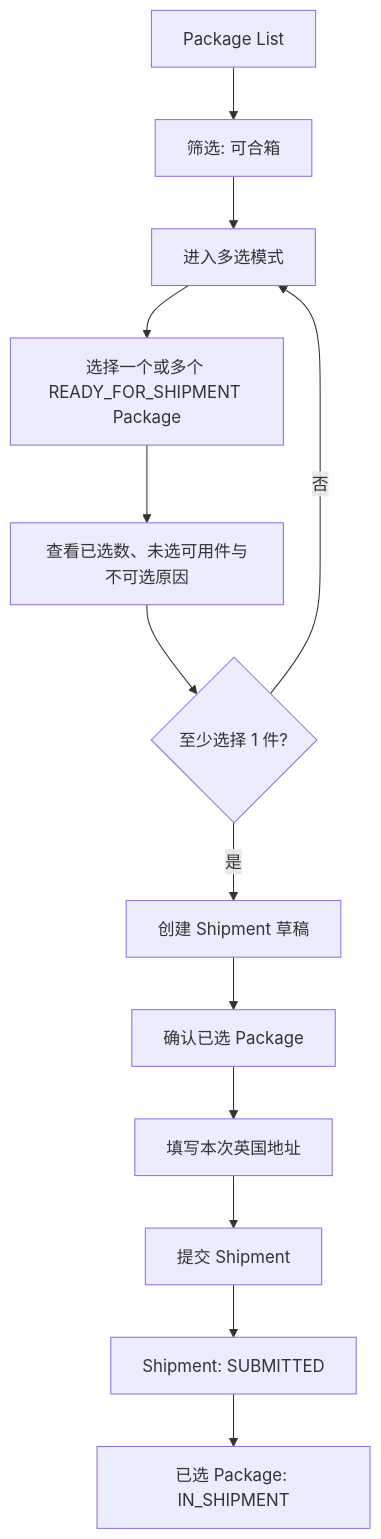
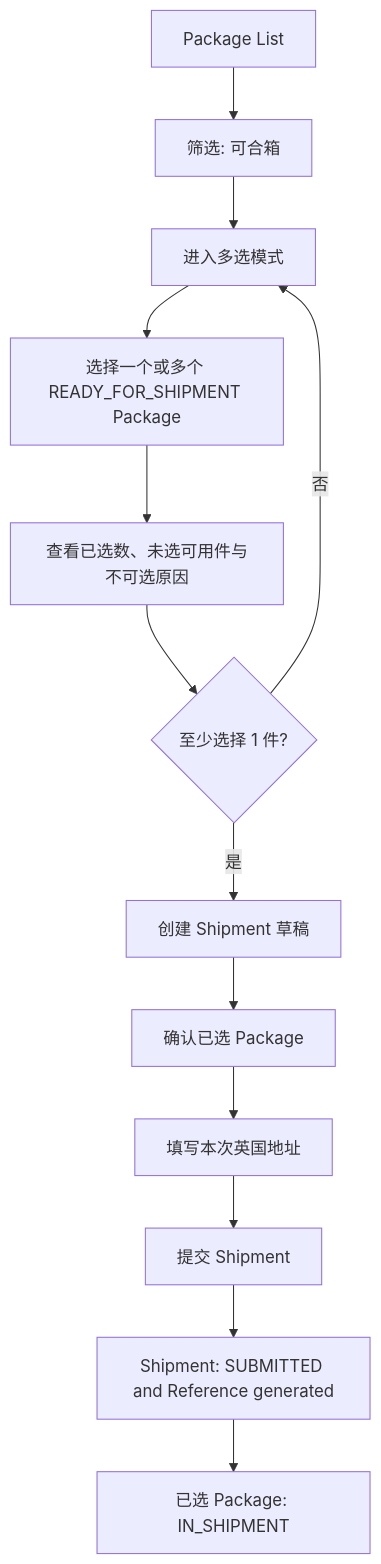
Before and after one commit to ada-kz225/china-uk-shipping-miniapp: the fourth of 8 diagrams in docs/03-product-design/02-core-user-flows.md, drawn with Mermaid. The commit also changed other lines of this file and 5 other files, not shown here.

Commit message:
docs: update core user flows and page inventory with Shipment Reference generation details

````diff
--- a/docs/03-product-design/02-core-user-flows.md
+++ b/docs/03-product-design/02-core-user-flows.md
@@ -80,15 +80,15 @@
 ```mermaid
 flowchart TD
     A[Package List] --> B[筛选: 可合箱]
     B --> C[进入多选模式]
     C --> D[选择一个或多个 READY_FOR_SHIPMENT Package]
     D --> E[查看已选数、未选可用件与不可选原因]
     E --> F{至少选择 1 件?}
     F -- 否 --> C
     F -- 是 --> G[创建 Shipment 草稿]
     G --> H[确认已选 Package]
     H --> I[填写本次英国地址]
     I --> J[提交 Shipment]
-    J --> K[Shipment: SUBMITTED]
+    J --> K[Shipment: SUBMITTED and Reference generated]
     K --> L[已选 Package: IN_SHIPMENT]
 ```
````
